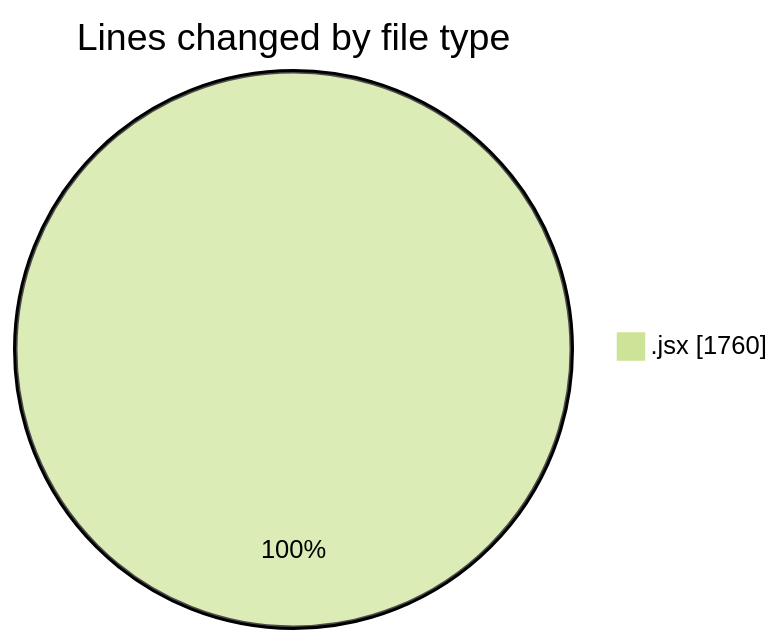
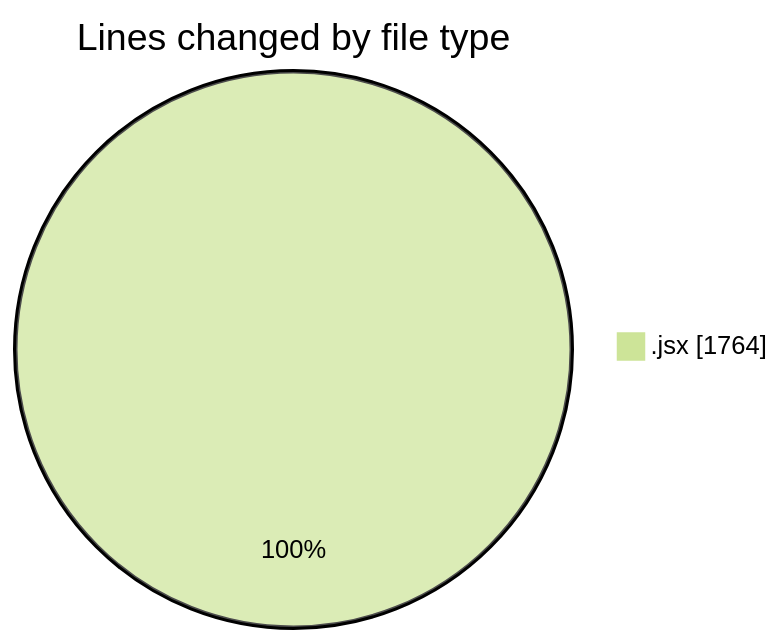
The first of 2 diagrams in 2025-12-04/nxtqube_webapp/README.md (nxtqubesakshisongat/code-tracking), drawn with Mermaid (forest theme) before and after one commit. The commit also changed other lines of this file and 1 other file, not shown here.

````diff
--- a/2025-12-04/nxtqube_webapp/README.md
+++ b/2025-12-04/nxtqube_webapp/README.md
@@ -21,5 +21,5 @@
 ```mermaid
 pie showData
 title Lines changed by file type
-".jsx" : 1760
+".jsx" : 1764
 ```
````
